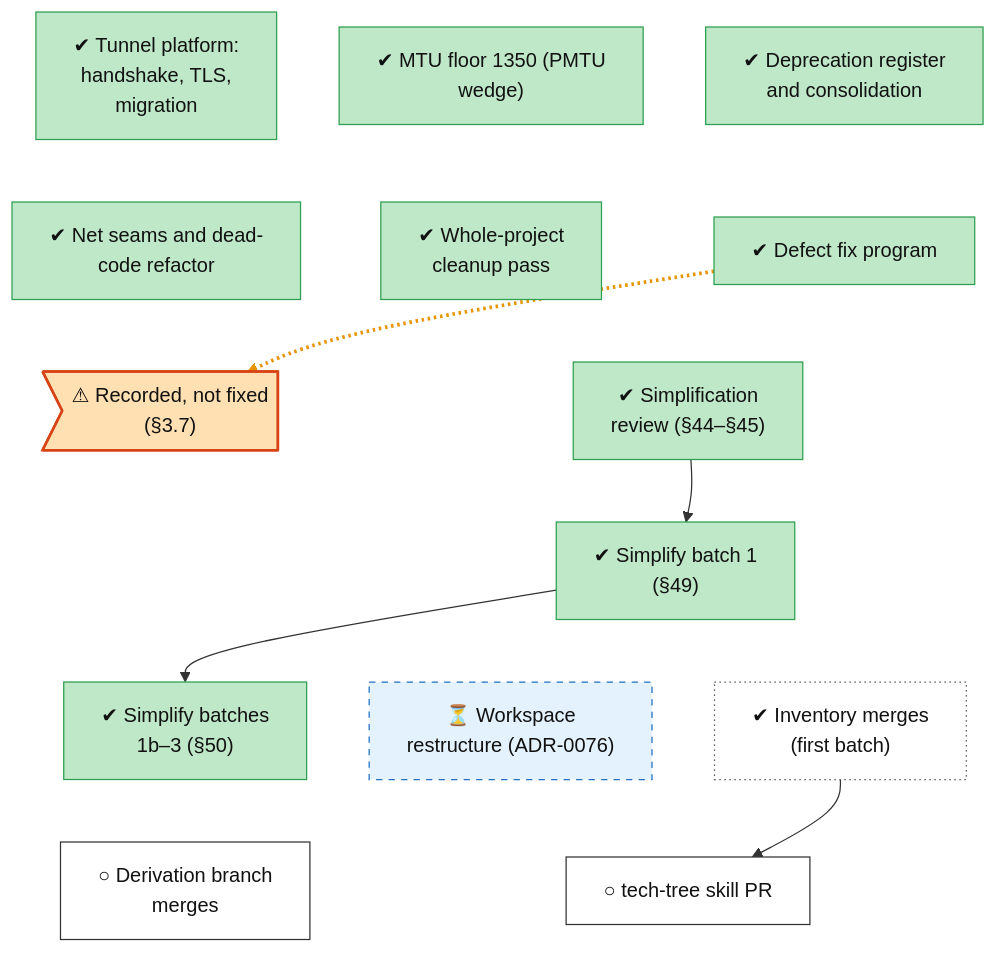
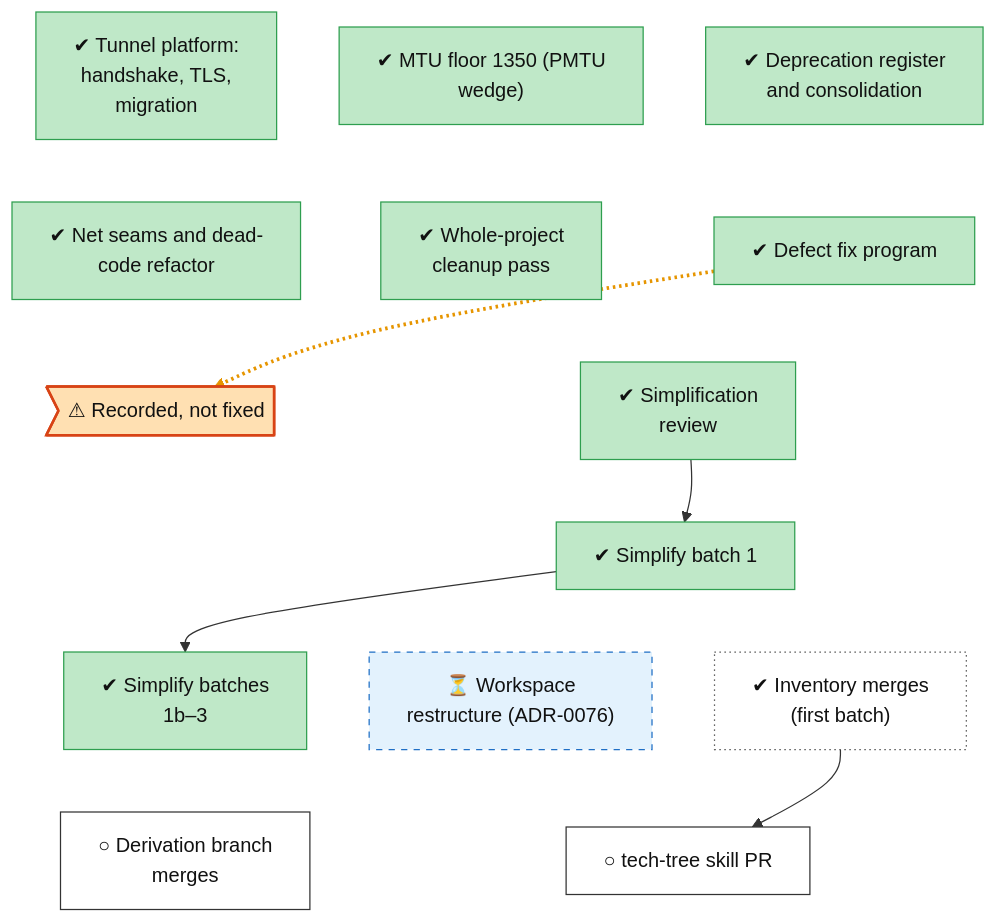
Before and after one commit to lhns/raptorpath: the diagram in docs/roadmap/tracks/infra.md, drawn with Mermaid. The commit also changed other lines of this file and 12 other files, not shown here.

First line of the commit message:
roadmap: plain titles - no section numbers or internal codenames (block E, F2, s62, 61a) in titles or plain sentences

````diff
--- a/docs/roadmap/tracks/infra.md
+++ b/docs/roadmap/tracks/infra.md
@@ -10,54 +10,54 @@
 ```mermaid
 flowchart TB
     infra_early_platform["✔ Tunnel platform:<br/>handshake, TLS,<br/>migration"]
     infra_mtu_floor["✔ MTU floor 1350 (PMTU<br/>wedge)"]
     infra_consolidation["✔ Deprecation register<br/>and consolidation"]
     infra_net_seams["✔ Net seams and dead-<br/>code refactor"]
     infra_cleanup_0927["✔ Whole-project<br/>cleanup pass"]
     infra_fix_program["✔ Defect fix program"]
-    infra_defect_recorded_not_fixed>"⚠ Recorded, not fixed<br/>(#167;3.7)"]
-    infra_simplify_review["✔ Simplification<br/>review (#167;44–#167;45)"]
-    infra_simplify_batch1["✔ Simplify batch 1<br/>(#167;49)"]
-    infra_simplify_batch2["✔ Simplify batches<br/>1b–3 (#167;50)"]
+    infra_defect_recorded_not_fixed>"⚠ Recorded, not fixed"]
+    infra_simplify_review["✔ Simplification<br/>review"]
+    infra_simplify_batch1["✔ Simplify batch 1"]
+    infra_simplify_batch2["✔ Simplify batches<br/>1b–3"]
     infra_restructure["⏳ Workspace<br/>restructure (ADR-0076)"]
     infra_inventory_merges["✔ Inventory merges<br/>(first batch)"]
     infra_derivation_merges["○ Derivation branch<br/>merges"]
     infra_tech_tree_skill["○ tech-tree skill PR"]
     infra_early_platform ~~~ infra_net_seams
     infra_mtu_floor ~~~ infra_cleanup_0927
     infra_consolidation ~~~ infra_fix_program
     infra_net_seams ~~~ infra_defect_recorded_not_fixed
     infra_cleanup_0927 ~~~ infra_simplify_review
     infra_fix_program ~~~ infra_simplify_review
     infra_defect_recorded_not_fixed ~~~ infra_simplify_batch1
     infra_simplify_review ~~~ infra_simplify_batch1
     infra_simplify_batch1 ~~~ infra_simplify_batch2
     infra_simplify_batch1 ~~~ infra_restructure
     infra_simplify_batch1 ~~~ infra_inventory_merges
     infra_simplify_batch2 ~~~ infra_derivation_merges
     infra_restructure ~~~ infra_tech_tree_skill
     infra_inventory_merges ~~~ infra_tech_tree_skill
     infra_fix_program -.-> infra_defect_recorded_not_fixed
     infra_simplify_review --> infra_simplify_batch1
     infra_simplify_batch1 --> infra_simplify_batch2
     infra_inventory_merges --> infra_tech_tree_skill
     linkStyle 14 stroke:#e69500,stroke-width:3px,stroke-dasharray:2 3
     classDef vsucc fill:#2e9e4f,stroke:#1b6b34,color:#fff
     classDef succ fill:#bfe8c8,stroke:#2e9e4f,color:#111
     classDef mixed fill:#ffd37a,stroke:#c98a00,color:#111
     classDef bad fill:#f28b82,stroke:#b3261e,color:#111
     classDef dead fill:#e6e6e6,stroke:#777,stroke-dasharray:5 5,color:#555
     classDef inprog fill:#a8cdf5,stroke:#1f6fc5,color:#111
     classDef next fill:#fff,stroke:#333,color:#111
     classDef blocked fill:#fff,stroke:#b3261e,stroke-dasharray:2 2,color:#111
     classDef parked fill:#f3f3f3,stroke:#999,color:#555
     classDef unrated fill:#fff,stroke:#333,stroke-dasharray:1 3,color:#111
     classDef userdec fill:#d9c2f0,stroke:#7b3fb5,color:#111
     classDef defect fill:#ffe0b2,stroke:#d84315,stroke-width:2px,color:#111
     classDef waiting fill:#e3f2fd,stroke:#1f6fc5,stroke-dasharray:5 5,color:#111
     class infra_early_platform,infra_mtu_floor,infra_consolidation,infra_net_seams,infra_cleanup_0927,infra_fix_program,infra_simplify_review,infra_simplify_batch1,infra_simplify_batch2 succ
     class infra_defect_recorded_not_fixed defect
     class infra_restructure waiting
     class infra_inventory_merges unrated
     class infra_derivation_merges,infra_tech_tree_skill next
 ```
````
